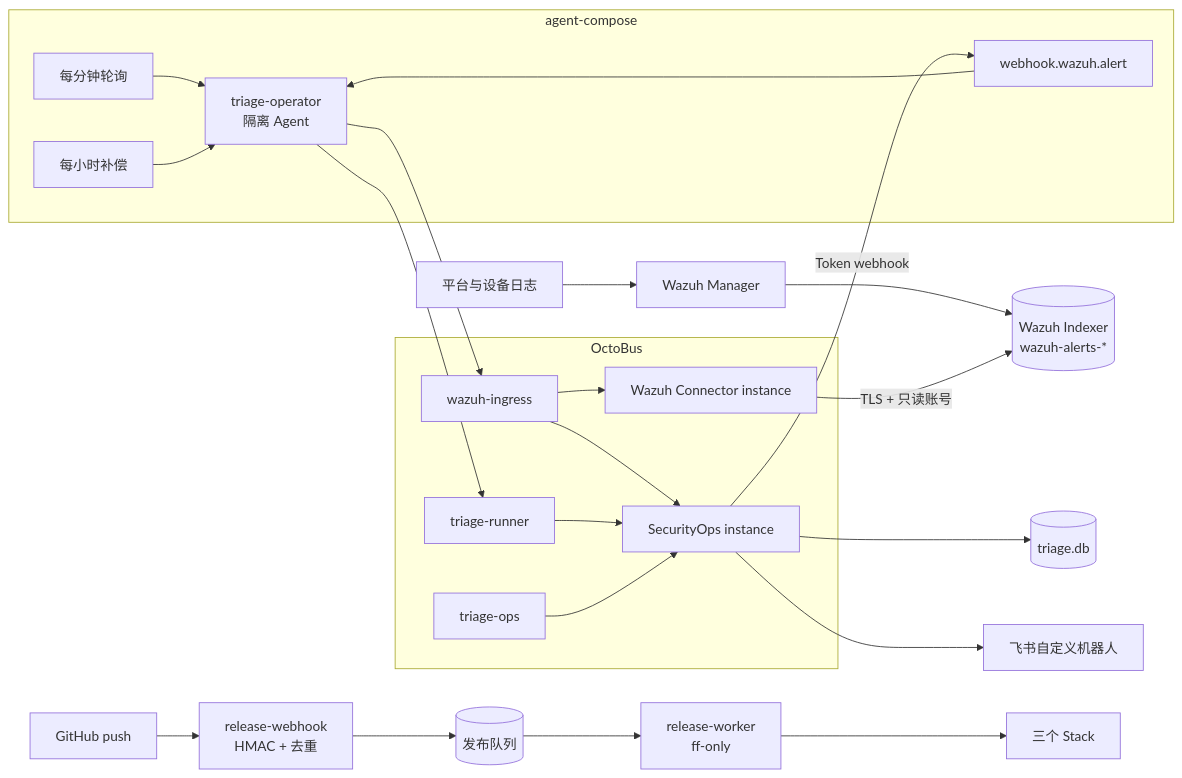
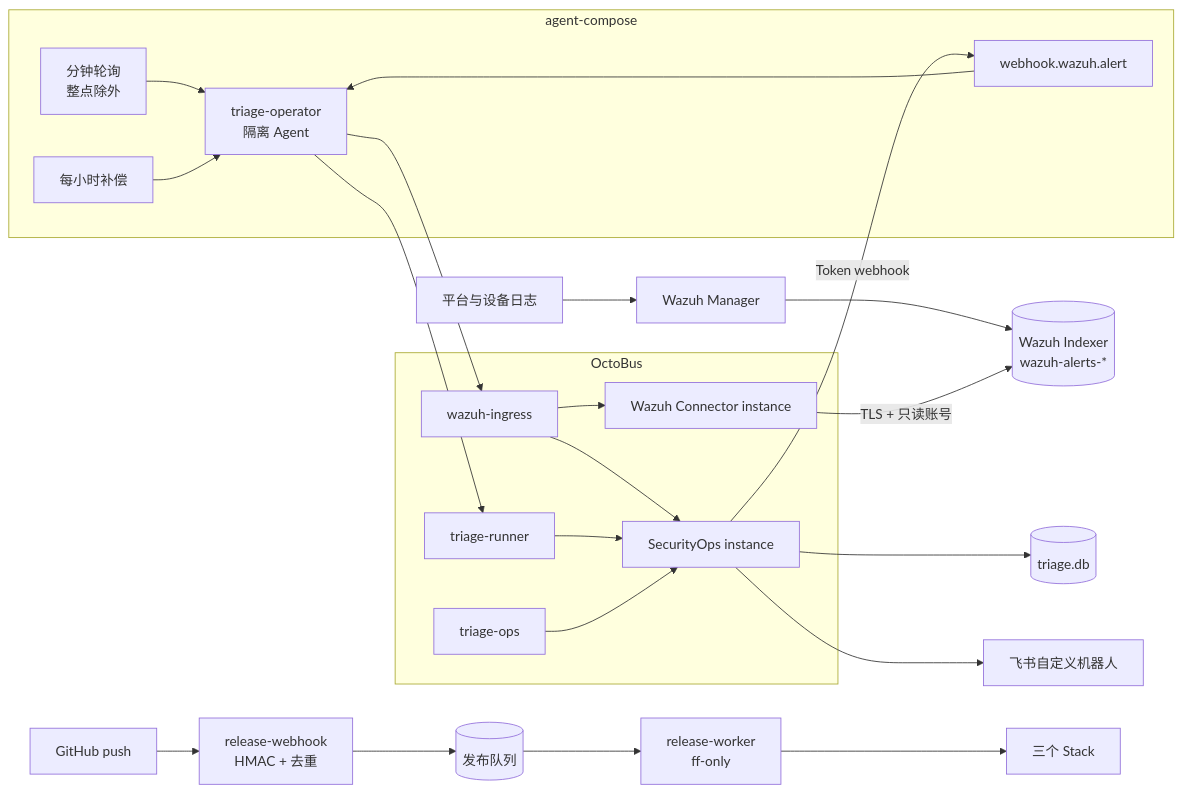
Before and after one commit to ch7pairsq/chaitin-triage-agent: the first of 3 diagrams in README.md, drawn with Mermaid. The commit also changed other lines of this file and 3 other files, not shown here.

````diff
--- a/README.md
+++ b/README.md
@@ -29,39 +29,39 @@
 ```mermaid
 flowchart LR
   S[平台与设备日志] --> W[Wazuh Manager]
   W --> I[(Wazuh Indexer<br/>wazuh-alerts-*)]
 
   subgraph AC[agent-compose]
-    P[每分钟轮询]
+    P[分钟轮询<br/>整点除外]
     E[webhook.wazuh.alert]
     H[每小时补偿]
     A[triage-operator<br/>隔离 Agent]
     P --> A
     E --> A
     H --> A
   end
 
   subgraph OB[OctoBus]
     C1[wazuh-ingress]
     C2[triage-runner]
     C3[triage-ops]
     WC[Wazuh Connector instance]
     SO[SecurityOps instance]
     C1 --> WC
     C1 --> SO
     C2 --> SO
     C3 --> SO
   end
 
   A --> C1
   A --> C2
   WC -->|TLS + 只读账号| I
   SO --> DB[(triage.db)]
   SO --> F[飞书自定义机器人]
   SO -->|Token webhook| E
 
   GH[GitHub push] --> RW[release-webhook<br/>HMAC + 去重]
   RW --> Q[(发布队列)]
   Q --> WK[release-worker<br/>ff-only]
   WK --> DEP[三个 Stack]
 ```
````
